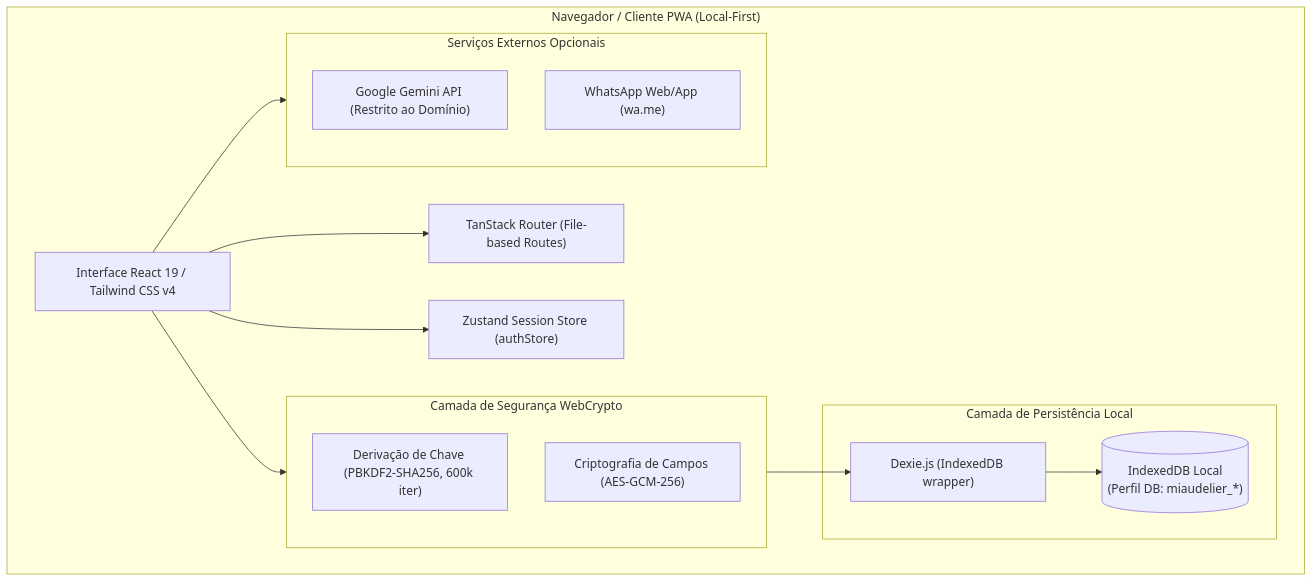
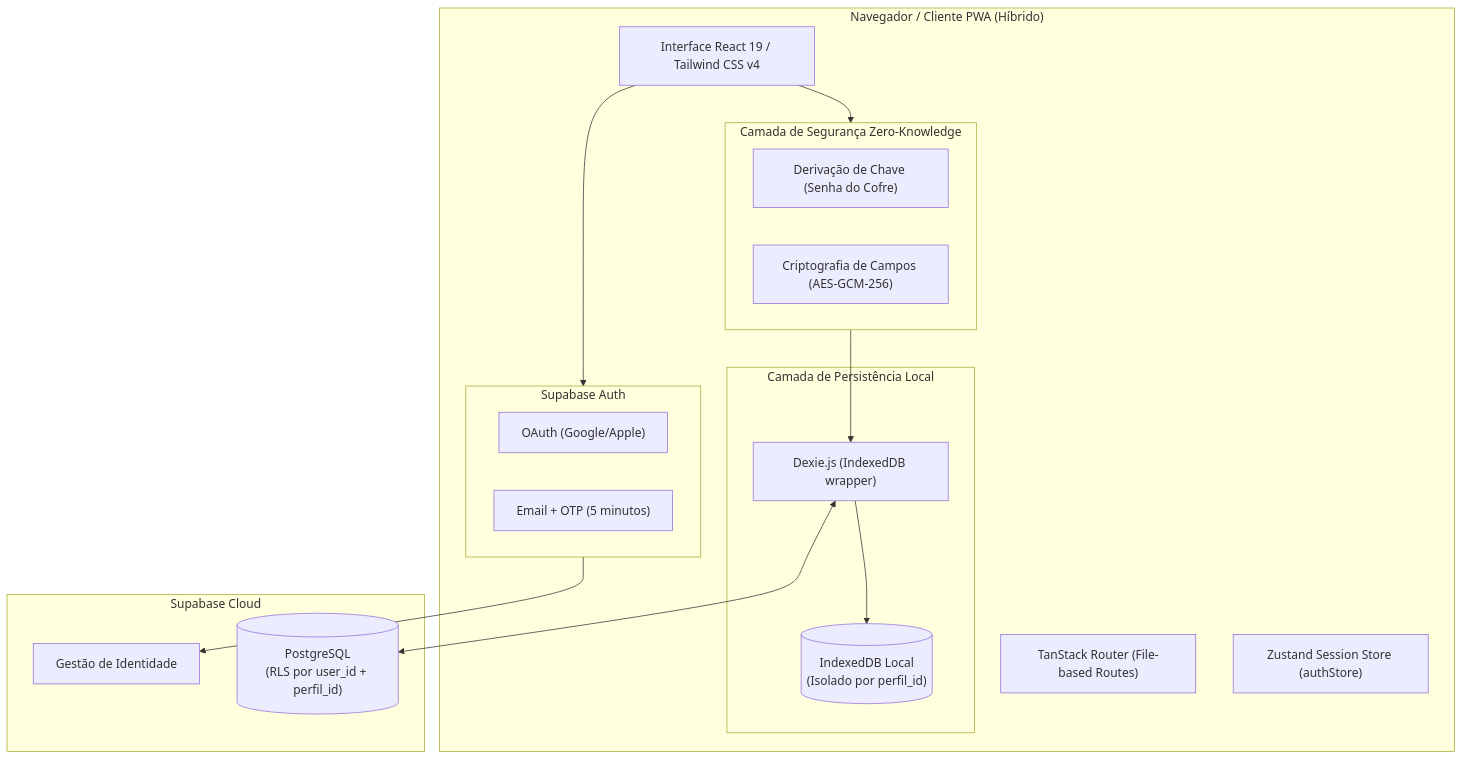
The diagram in docs/ARCHITECTURE.md (raffastudioproducoes-cloud/MiauDelier_Manager), drawn with Mermaid before and after one commit. The commit also changed other lines of this file and 4 other files, not shown here.

````diff
--- a/docs/ARCHITECTURE.md
+++ b/docs/ARCHITECTURE.md
@@ -11,30 +10,35 @@
 ```mermaid
 flowchart TD
-    subgraph Browser ["Navegador / Cliente PWA (Local-First)"]
+    subgraph Browser ["Navegador / Cliente PWA (Híbrido)"]
         UI["Interface React 19 / Tailwind CSS v4"]
         Router["TanStack Router (File-based Routes)"]
         Store["Zustand Session Store (authStore)"]
 
-        subgraph SecurityLayer ["Camada de Segurança WebCrypto"]
-          PBKDF2["Derivação de Chave (PBKDF2-SHA256, 600k iter)"]
+        subgraph AuthLayer ["Supabase Auth"]
+          Social["OAuth (Google/Apple)"]
+          EmailOTP["Email + OTP (5 minutos)"]
+        end
+
+        subgraph SecurityLayer ["Camada de Segurança Zero-Knowledge"]
+          PBKDF2["Derivação de Chave (Senha do Cofre)"]
           AESGCM["Criptografia de Campos (AES-GCM-256)"]
         end
 
         subgraph StorageLayer ["Camada de Persistência Local"]
           Dexie["Dexie.js (IndexedDB wrapper)"]
-          DB[("IndexedDB Local\n(Perfil DB: miaudelier_*)")]
-        end
-
-        subgraph ExternalServices ["Serviços Externos Opcionais"]
-          GeminiAPI["Google Gemini API (Restrito ao Domínio)"]
-          WhatsApp["WhatsApp Web/App (wa.me)"]
+          DB[("IndexedDB Local\n(Isolado por perfil_id)")]
         end
     end
 
-    UI --> Router
-    UI --> Store
+    subgraph Cloud ["Supabase Cloud"]
+        CloudAuth["Gestão de Identidade"]
+        Postgres[("PostgreSQL\n(RLS por user_id + perfil_id)")]
+    end
+
+    UI --> AuthLayer
+    AuthLayer --> CloudAuth
     UI --> SecurityLayer
     SecurityLayer --> Dexie
+    Dexie <--> Postgres
     Dexie --> DB
-    UI --> ExternalServices
 ```
````
